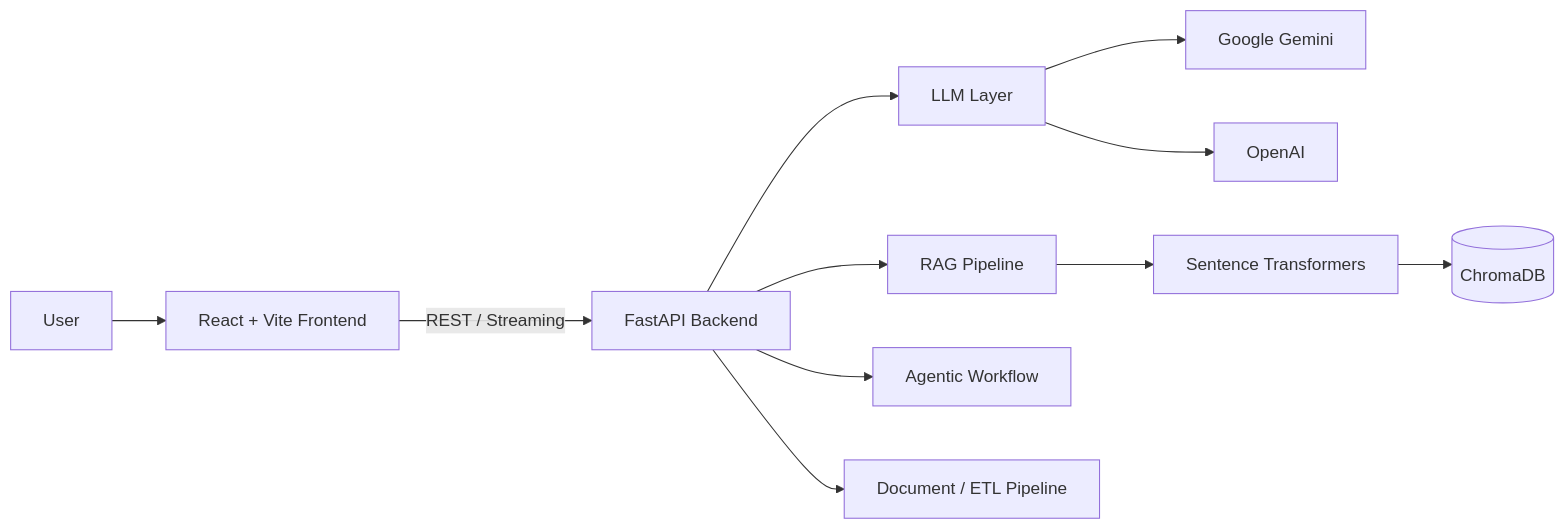
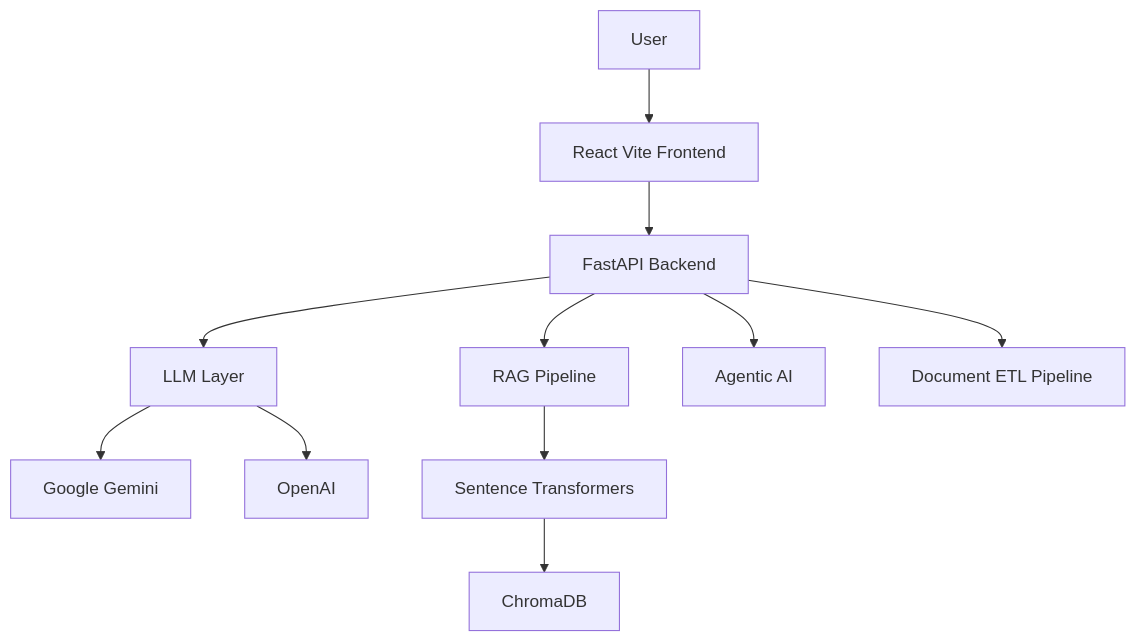
One commit to ankithavc14-maker/LuminaryAI changed the diagram in README.md. Above: the diagram before and after it, drawn with Mermaid. The commit also changed other lines of this file, not shown here.

Commit message:
Fix architecture diagram rendering
Updated architecture diagram for clarity and accuracy.

````diff
--- a/README.md
+++ b/README.md
@@ -36,16 +35,16 @@
 ```mermaid
-flowchart LR
-    U[User] --> F[React + Vite Frontend]
-    F -->|REST / Streaming| B[FastAPI Backend]
+graph TD
+    U[User] --> F[React Vite Frontend]
+    F --> B[FastAPI Backend]
 
     B --> L[LLM Layer]
     L --> G[Google Gemini]
     L --> O[OpenAI]
 
     B --> R[RAG Pipeline]
     R --> E[Sentence Transformers]
-    E --> V[(ChromaDB)]
+    E --> C[ChromaDB]
 
-    B --> A[Agentic Workflow]
-    B --> D[Document / ETL Pipeline]
+    B --> A[Agentic AI]
+    B --> D[Document ETL Pipeline]
 ```
````
